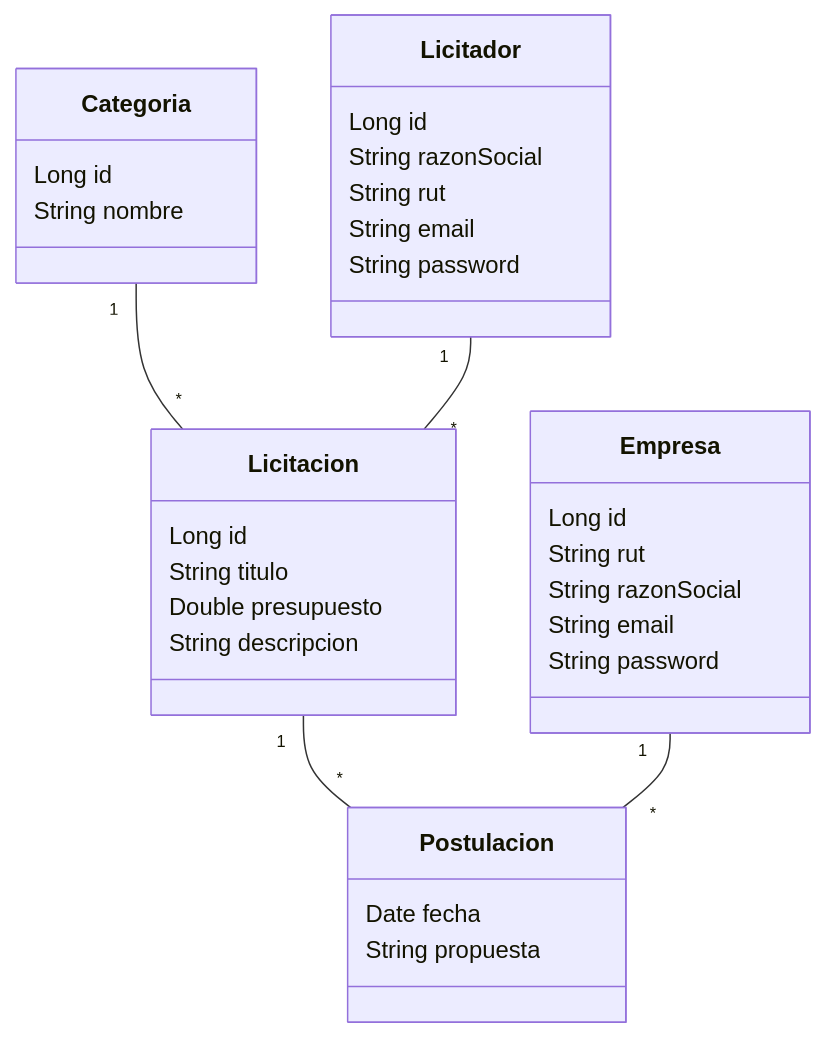
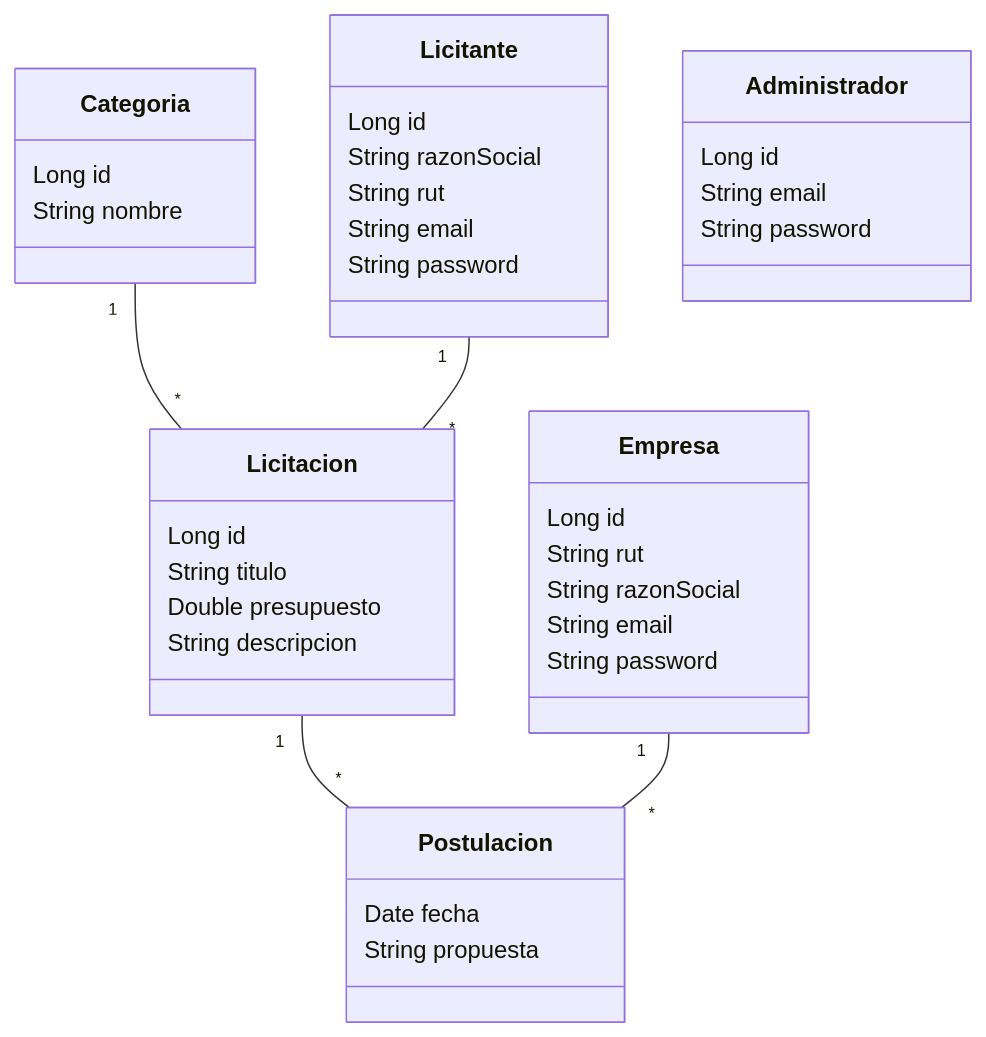
One commit to stgoneira/desarrollo-aplicaciones-ruby-on-rails changed the diagram in apuntes/caso_licitaciones.md. Above: the diagram before and after it, drawn with Mermaid. The commit also changed other lines of this file, not shown here.

````diff
--- a/apuntes/caso_licitaciones.md
+++ b/apuntes/caso_licitaciones.md
@@ -5,36 +9,41 @@
 ```mermaid
 classDiagram
     Categoria "1" -- "*" Licitacion
     Licitacion "1" -- "*" Postulacion
-    Licitador "1" -- "*" Licitacion 
+    Licitante "1" -- "*" Licitacion 
     Empresa "1" -- "*" Postulacion
 
+    class Administrador {
+        Long id 
+        String email 
+        String password 
+    }
     class Categoria {
         Long id 
         String nombre 
     }
-    class Licitador {
+    class Licitante {
         Long id 
         String razonSocial
         String rut 
         String email 
         String password
     }
     class Licitacion {
         Long id 
         String titulo 
         Double presupuesto 
         String descripcion 
     }
     class Empresa {
         Long id 
         String rut 
         String razonSocial 
         String email 
         String password 
     }
     class Postulacion {
         Date fecha 
         String propuesta 
     }  
 ```
````
